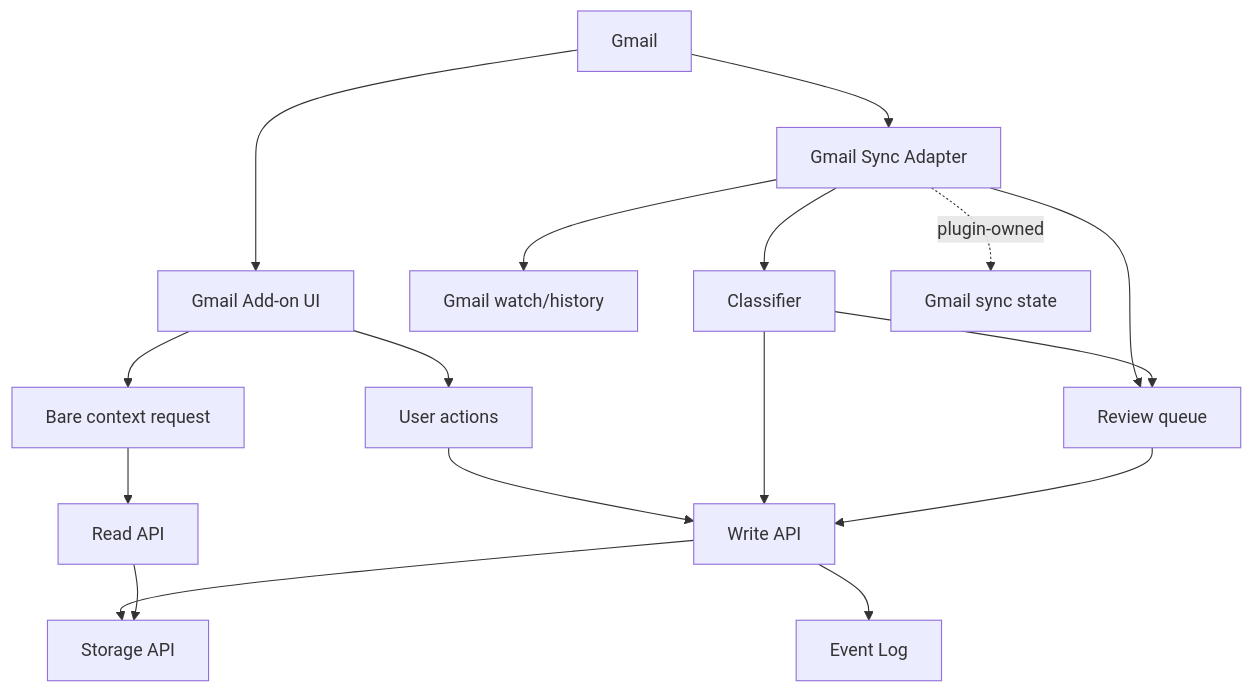
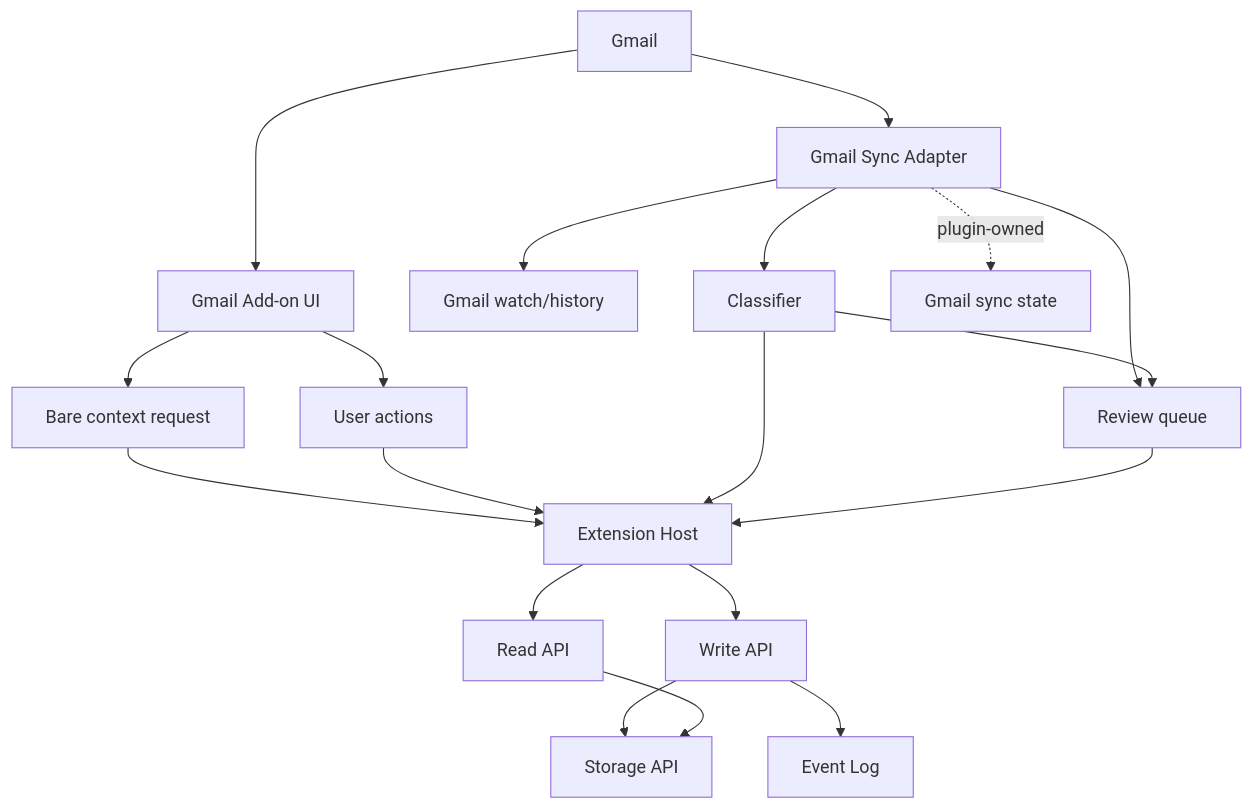
The diagram in docs/gmail-plugin.md (danekm/bare-crm), drawn with Mermaid before and after one commit. The commit also changed other lines of this file and 233 other files, not shown here.

````diff
--- a/docs/gmail-plugin.md
+++ b/docs/gmail-plugin.md
@@ -28,22 +41,24 @@
 ```mermaid
 flowchart TB
   Gmail["Gmail"] --> Addon["Gmail Add-on UI"]
   Gmail --> Sync["Gmail Sync Adapter"]
 
   Addon --> Context["Bare context request"]
   Addon --> Actions["User actions"]
   Sync --> Watch["Gmail watch/history"]
   Sync --> Classifier["Classifier"]
   Sync --> Review["Review queue"]
 
-  Context --> Read["Read API"]
-  Actions --> Write["Write API"]
+  Context --> Host["Extension Host"]
+  Actions --> Host
   Classifier --> Review
-  Classifier --> Write
-  Review --> Write
+  Classifier --> Host
+  Review --> Host
 
+  Host --> Read["Read API"]
+  Host --> Write["Write API"]
   Write --> EventLog["Event Log"]
   Write --> Storage["Storage API"]
   Read --> Storage
   Sync -.plugin-owned.-> State["Gmail sync state"]
 ```
````
